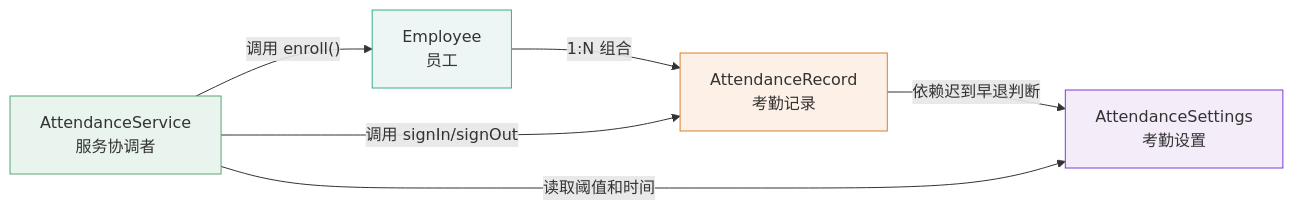
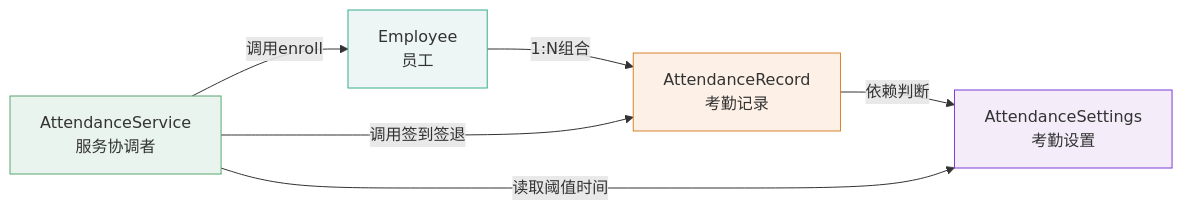
The third of 3 diagrams in docs/modeling/02-静态建模.md (ComingYU/attendance_management), drawn with Mermaid before and after one commit. The commit also changed other lines of this file and 2 other files, not shown here.

Commit message:
建模图片语法修改

````diff
--- a/docs/modeling/02-静态建模.md
+++ b/docs/modeling/02-静态建模.md
@@ -364,18 +361,18 @@
 ```mermaid
-graph LR
+flowchart LR
     Emp["Employee<br>员工"]
     Rec["AttendanceRecord<br>考勤记录"]
     Set["AttendanceSettings<br>考勤设置"]
     Svc["AttendanceService<br>服务协调者"]
 
-    Emp -- "1:N 组合" --> Rec
-    Rec -- "依赖迟到早退判断" --> Set
-    Svc -- "调用 enroll()" --> Emp
-    Svc -- "调用 signIn/signOut" --> Rec
-    Svc -- "读取阈值和时间" --> Set
+    Emp -- 1:N组合 --> Rec
+    Rec -- 依赖判断 --> Set
+    Svc -- 调用enroll --> Emp
+    Svc -- 调用签到签退 --> Rec
+    Svc -- 读取阈值时间 --> Set
 
     style Emp fill:#edf6f4,stroke:#36ae8c
     style Rec fill:#fdf0e6,stroke:#d9822b
     style Set fill:#f4ecf9,stroke:#7b3dd8
     style Svc fill:#e9f4ef,stroke:#58a66f
 ```
````
